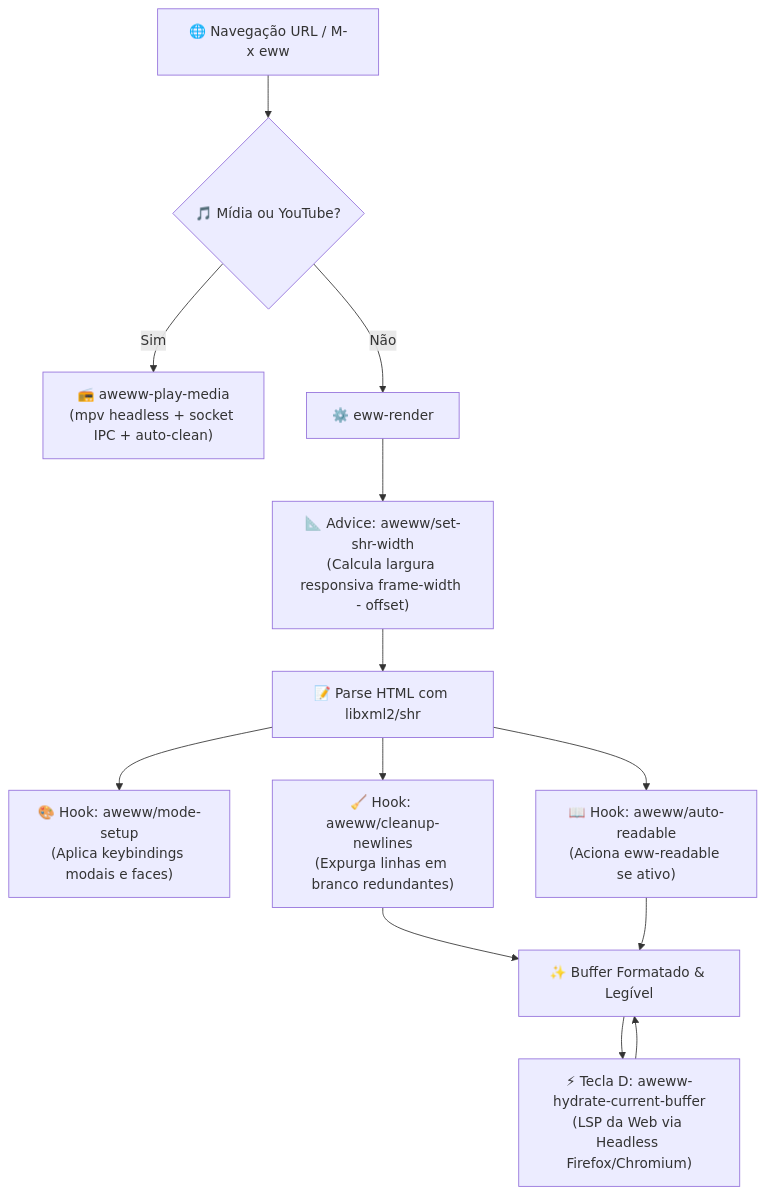
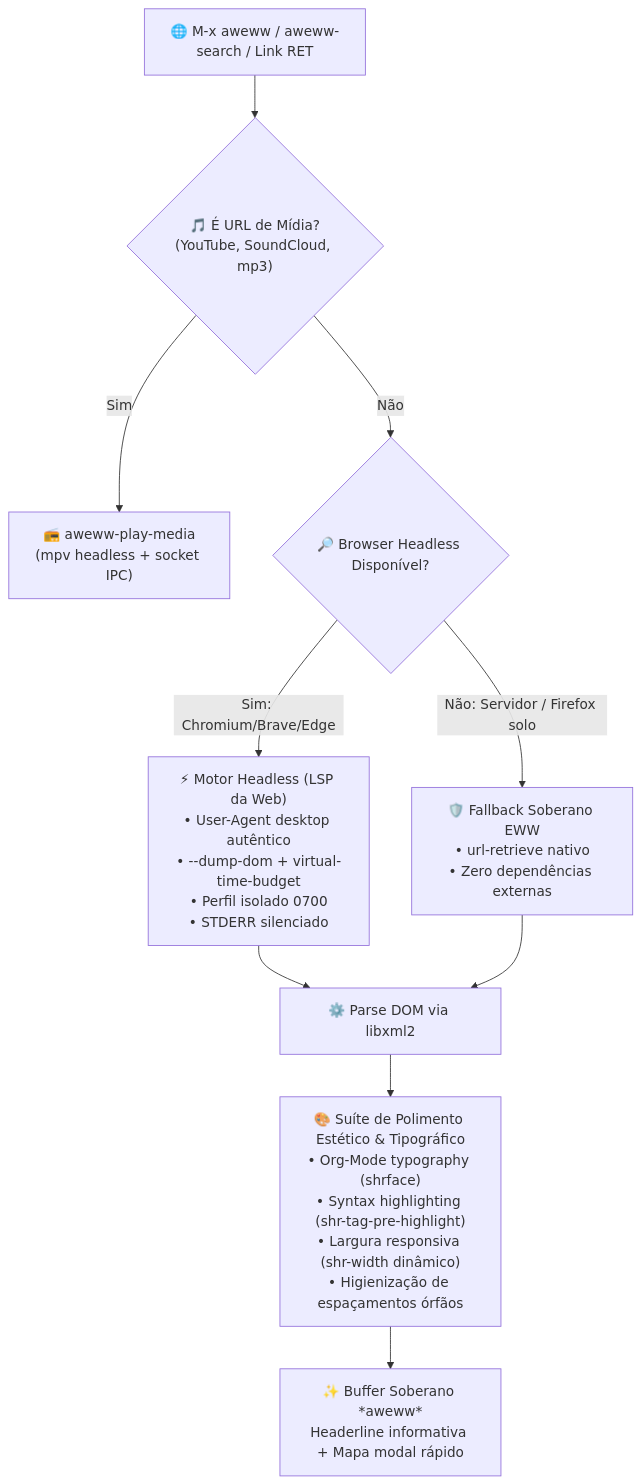
The diagram in usr/local/aweww/README.md (GabrielFrigo4/emacs), drawn with Mermaid before and after one commit. The commit also changed other lines of this file and 5 other files, not shown here.

Commit message:
feat(aweww): implement dual-engine architecture with os-specific headless cascade, native fallback and doctor

````diff
--- a/usr/local/aweww/README.md
+++ b/usr/local/aweww/README.md
@@ -23,15 +27,16 @@
 ```mermaid
 flowchart TD
-    URL["🌐 Navegação URL / M-x eww"] --> CHECK{"🎵 Mídia ou YouTube?"}
-    CHECK -->|Sim| MPV["📻 aweww-play-media<br/>(mpv headless + socket IPC + auto-clean)"]
-    CHECK -->|Não| RENDER["⚙️ eww-render"]
-    RENDER --> ADVICE["📐 Advice: aweww/set-shr-width<br/>(Calcula largura responsiva frame-width - offset)"]
-    ADVICE --> PARSE["📝 Parse HTML com libxml2/shr"]
-    PARSE --> HOOK_SETUP["🎨 Hook: aweww/mode-setup<br/>(Aplica keybindings modais e faces)"]
-    PARSE --> HOOK_CLEAN["🧹 Hook: aweww/cleanup-newlines<br/>(Expurga linhas em branco redundantes)"]
-    PARSE --> HOOK_READ["📖 Hook: aweww/auto-readable<br/>(Aciona eww-readable se ativo)"]
-    HOOK_CLEAN --> BUFFER["✨ Buffer Formatado & Legível"]
-    HOOK_READ --> BUFFER
-    BUFFER --> HYDRATE["⚡ Tecla D: aweww-hydrate-current-buffer<br/>(LSP da Web via Headless Firefox/Chromium)"]
-    HYDRATE --> BUFFER
+    INPUT["🌐 M-x aweww / aweww-search / Link RET"] --> CHECK_URL{"🎵 É URL de Mídia?<br/>(YouTube, SoundCloud, mp3)"}
+    CHECK_URL -->|Sim| MPV["📻 aweww-play-media<br/>(mpv headless + socket IPC)"]
+    CHECK_URL -->|Não| DETECT{"🔎 Browser Headless Disponível?"}
+
+    DETECT -->|Sim: Chromium/Brave/Edge| HEADLESS["⚡ Motor Headless (LSP da Web)<br/>• User-Agent desktop autêntico<br/>• --dump-dom + virtual-time-budget<br/>• Perfil isolado 0700<br/>• STDERR silenciado"]
+    DETECT -->|Não: Servidor / Firefox solo| NATIVE["🛡️ Fallback Soberano EWW<br/>• url-retrieve nativo<br/>• Zero dependências externas"]
+
+    HEADLESS --> LIBXML["⚙️ Parse DOM via libxml2"]
+    NATIVE --> LIBXML
+
+    LIBXML --> POLISH["🎨 Suíte de Polimento Estético & Tipográfico<br/>• Org-Mode typography (shrface)<br/>• Syntax highlighting (shr-tag-pre-highlight)<br/>• Largura responsiva (shr-width dinâmico)<br/>• Higienização de espaçamentos órfãos"]
+
+    POLISH --> BUFFER["✨ Buffer Soberano *aweww*<br/>Headerline informativa + Mapa modal rápido"]
 ```
````
